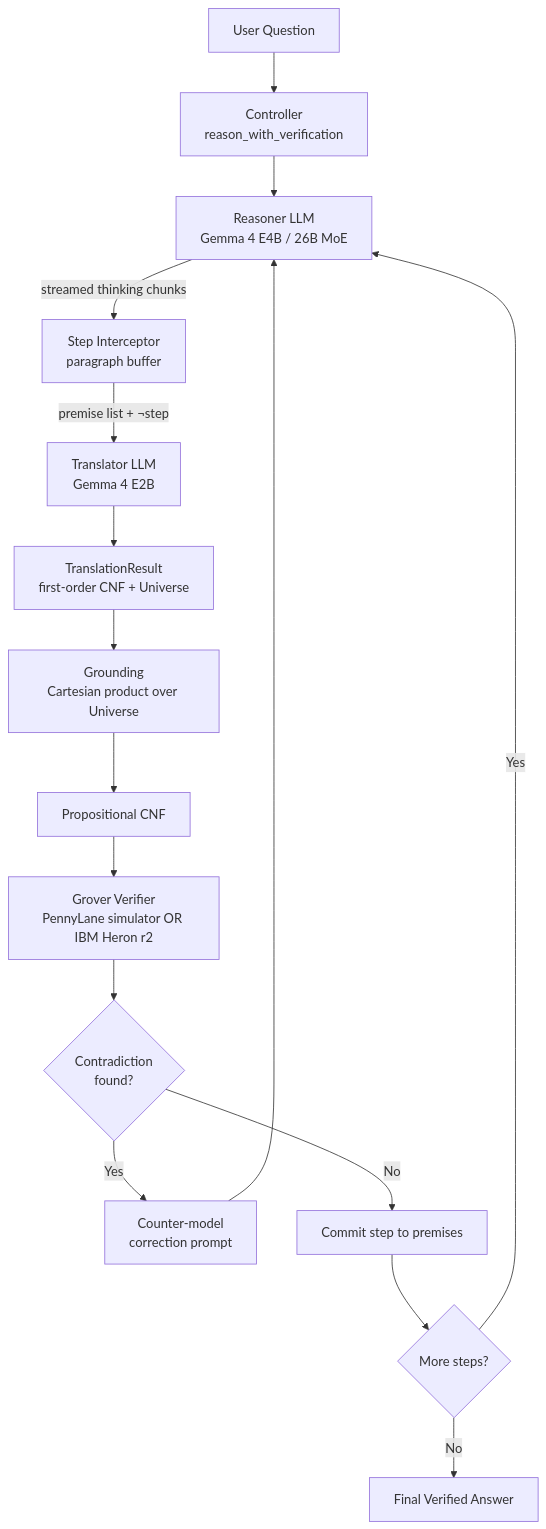
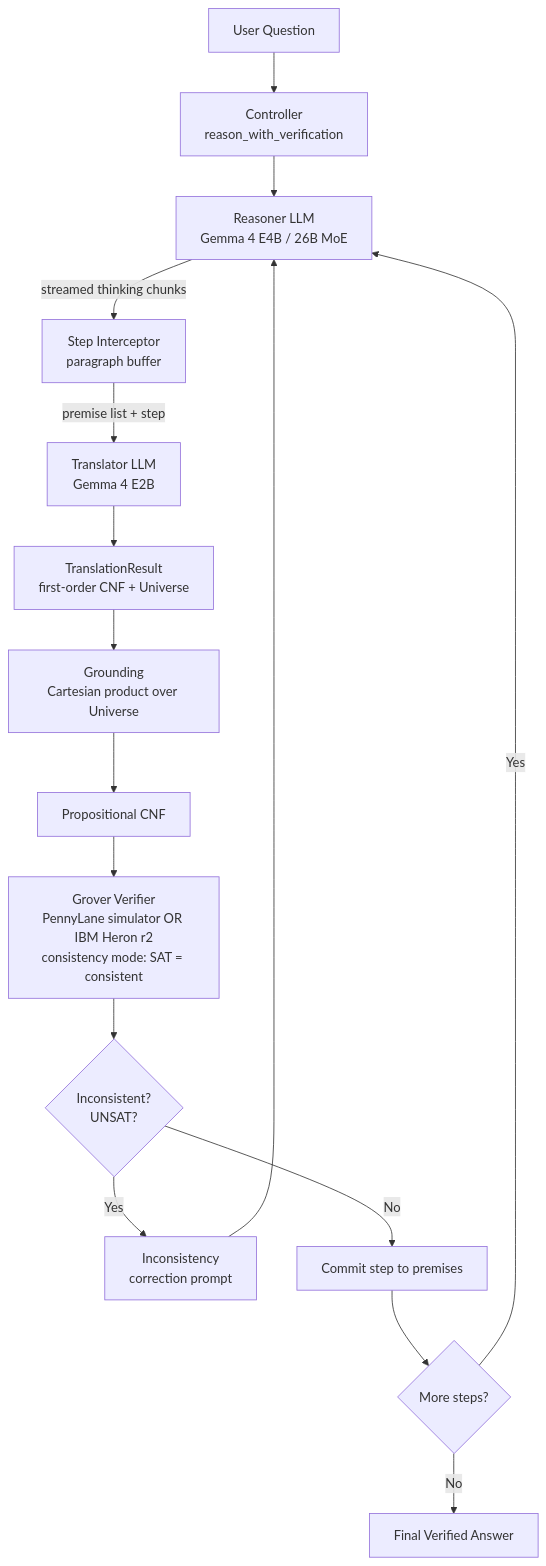
Before and after one commit to Quantum-Labor/qverify: the diagram in docs/architecture.md, drawn with Mermaid. The commit also changed other lines of this file and 13 other files, not shown here.

First line of the commit message:
feat(verifier): consistency-mode verification (premises ∧ step) by default

````diff
--- a/docs/architecture.md
+++ b/docs/architecture.md
@@ -7,18 +7,18 @@
 ```mermaid
 flowchart TD
     A[User Question] --> CTRL[Controller<br/>reason_with_verification]
     CTRL --> B[Reasoner LLM<br/>Gemma 4 E4B / 26B MoE]
     B -- streamed thinking chunks --> C[Step Interceptor<br/>paragraph buffer]
-    C -- premise list + ¬step --> D[Translator LLM<br/>Gemma 4 E2B]
+    C -- premise list + step --> D[Translator LLM<br/>Gemma 4 E2B]
     D --> E[TranslationResult<br/>first-order CNF + Universe]
     E --> GR[Grounding<br/>Cartesian product over Universe]
     GR --> EP[Propositional CNF]
-    EP --> F[Grover Verifier<br/>PennyLane simulator OR IBM Heron r2]
-    F --> G{Contradiction<br/>found?}
-    G -- Yes --> H[Counter-model<br/>correction prompt]
+    EP --> F[Grover Verifier<br/>PennyLane simulator OR IBM Heron r2<br/>consistency mode: SAT = consistent]
+    F --> G{Inconsistent?<br/>UNSAT?}
+    G -- Yes --> H[Inconsistency<br/>correction prompt]
     H --> B
     G -- No --> COMMIT[Commit step to premises]
     COMMIT --> I{More steps?}
     I -- Yes --> B
     I -- No --> J[Final Verified Answer]
 ```
````
